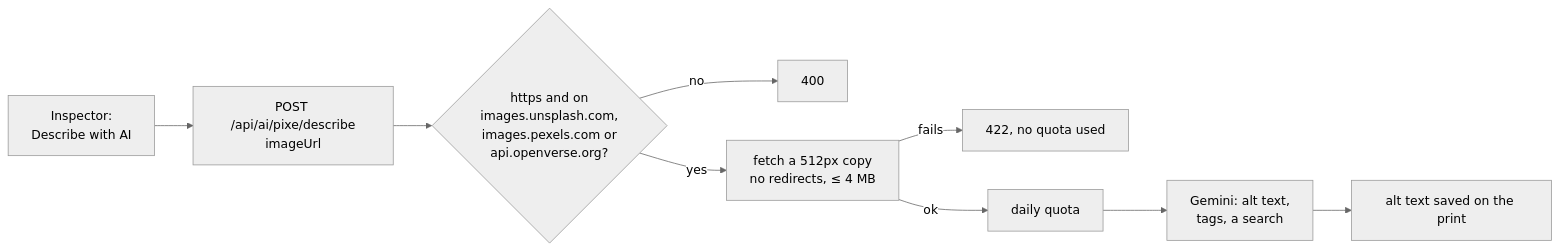
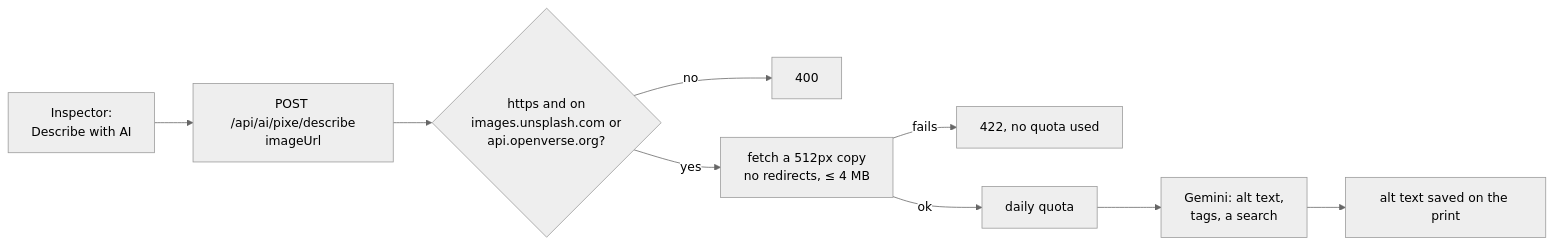
Before and after one commit to emwil23/pixe: the fourth of 4 diagrams in README.md, drawn with Mermaid (neutral theme). The commit also changed other lines of this file and 19 other files, not shown here.

First line of the commit message:
Drop Pexels; wait for slow Openverse searches (#3)

````diff
--- a/README.md
+++ b/README.md
@@ -124,10 +122,10 @@
 ```mermaid
 flowchart LR
     I[Inspector:<br/>Describe with AI] --> R[POST /api/ai/pixe/describe<br/>imageUrl]
-    R --> C{https and on<br/>images.unsplash.com,<br/>images.pexels.com or<br/>api.openverse.org?}
+    R --> C{https and on<br/>images.unsplash.com or<br/>api.openverse.org?}
     C -- no --> X[400]
     C -- yes --> F[fetch a 512px copy<br/>no redirects, ≤ 4 MB]
     F -- fails --> X2[422, no quota used]
     F -- ok --> Q[daily quota] --> G[Gemini: alt text,<br/>tags, a search]
     G --> I2[alt text saved on the print]
 ```
````
